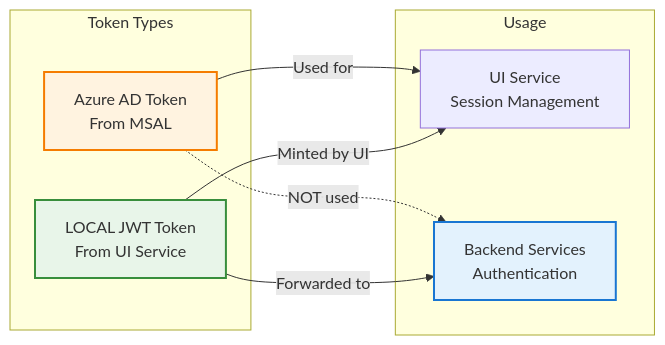
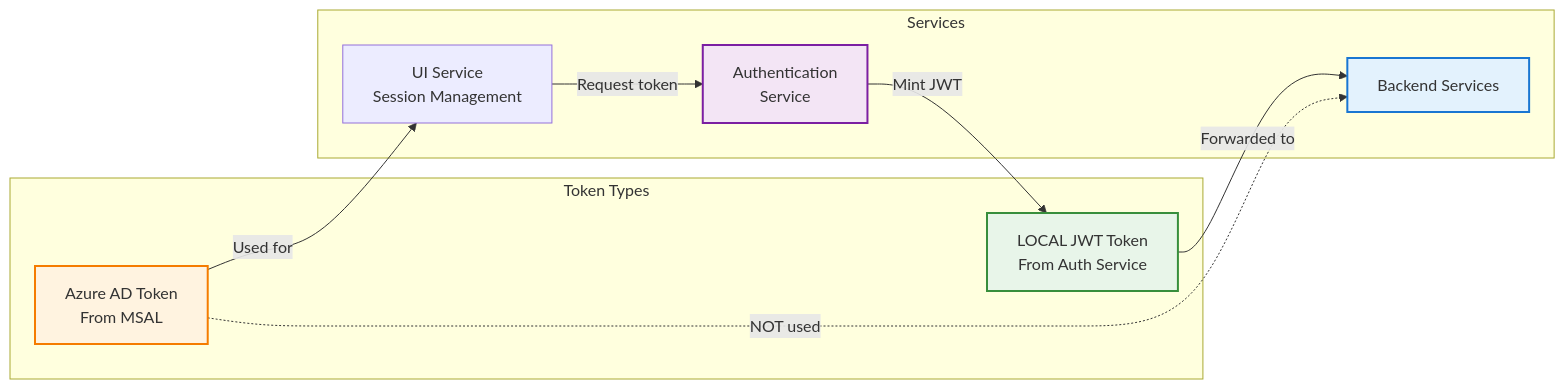
One commit to vladavilov/playground changed the tenth of 12 diagrams in git-epic-creator/services/ui_service/README.md. Above: the diagram before and after it, drawn with Mermaid. The commit also changed other lines of this file and 20 other files, not shown here.

````diff
--- a/git-epic-creator/services/ui_service/README.md
+++ b/git-epic-creator/services/ui_service/README.md
@@ -658,21 +670,24 @@
 ```mermaid
 graph LR
     subgraph "Token Types"
         AzureToken[Azure AD Token<br/>From MSAL]
-        LocalJWT[LOCAL JWT Token<br/>From UI Service]
+        LocalJWT[LOCAL JWT Token<br/>From Auth Service]
     end
     
-    subgraph "Usage"
+    subgraph "Services"
         UISession[UI Service<br/>Session Management]
-        Backend[Backend Services<br/>Authentication]
+        AuthSvc[Authentication<br/>Service]
+        Backend[Backend Services]
     end
     
     AzureToken -->|Used for| UISession
     AzureToken -.->|NOT used| Backend
-    LocalJWT -->|Minted by UI| UISession
+    UISession -->|Request token| AuthSvc
+    AuthSvc -->|Mint JWT| LocalJWT
     LocalJWT -->|Forwarded to| Backend
     
     style AzureToken fill:#fff3e0,stroke:#f57c00,stroke-width:2px
     style LocalJWT fill:#e8f5e9,stroke:#388e3c,stroke-width:2px
+    style AuthSvc fill:#f3e5f5,stroke:#7b1fa2,stroke-width:2px
     style Backend fill:#e3f2fd,stroke:#1976d2,stroke-width:2px
 ```
````
